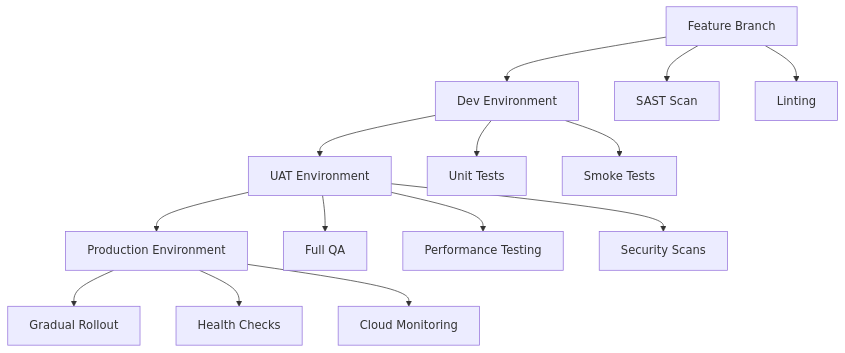
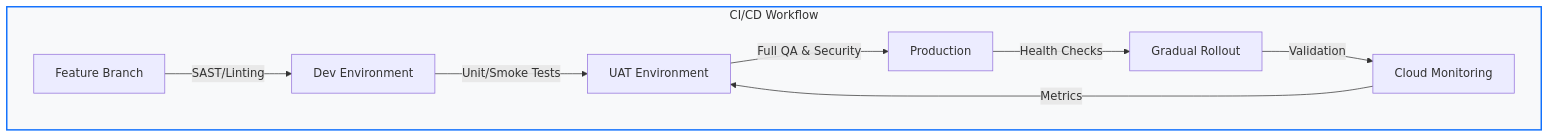
One commit to LZ26/professional-highlights changed the diagram in ci-cd-pipeline.mmd. Above: the diagram before and after it, drawn with Mermaid.

```diff
--- a/ci-cd-pipeline.mmd
+++ b/ci-cd-pipeline.mmd
@@ -1,19 +1,13 @@
-%% File: professional-highlights/ci-cd-pipeline.mmd
+%% diagrams/ci-cd-pipeline.mmd
 flowchart TD
-    A[Feature Branch] --> B[Dev Environment]
-    B --> C[UAT Environment]
-    C --> D[Production Environment]
-    
-    A --> A1[SAST Scan]
-    A --> A2[Linting]
-    
-    B --> B1[Unit Tests]
-    B --> B2[Smoke Tests]
-    
-    C --> C1[Full QA]
-    C --> C2[Performance Testing]
-    C --> C3[Security Scans]
-    
-    D --> D1[Gradual Rollout]
-    D --> D2[Health Checks]
-    D --> D3[Cloud Monitoring]
+    subgraph Pipeline["CI/CD Workflow"]
+        direction LR
+        F[Feature Branch] --SAST/Linting--> D[Dev Environment]
+        D --Unit/Smoke Tests--> U[UAT Environment]
+        U --Full QA & Security--> P[Production]
+        
+        P --Health Checks--> R[Gradual Rollout]
+        R --Validation--> M[Cloud Monitoring]
+        M --Metrics--> U
+    end
+    style Pipeline fill:#f8f9fa,stroke:#0d6efd,stroke-width:2px
```
